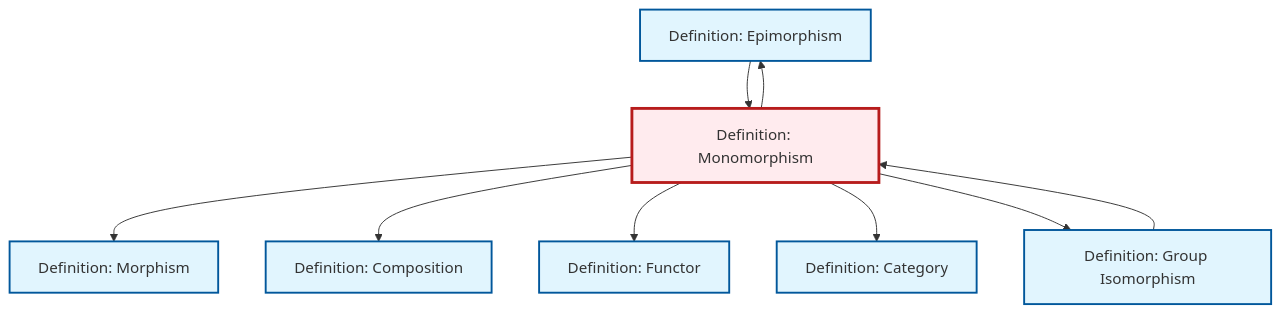
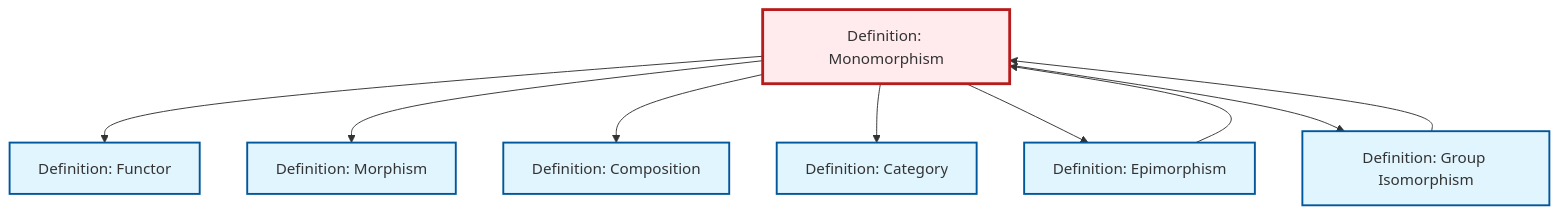
The diagram in content/en/category-theory/def-monomorphism.qmd (RK0429/ModernMath), drawn with Mermaid before and after one commit. The commit also changed other lines of this file and 619 other files, not shown here.

````diff
--- a/content/en/category-theory/def-monomorphism.qmd
+++ b/content/en/category-theory/def-monomorphism.qmd
@@ -95,31 +95,31 @@
 ```{mermaid}
 %%| fig-cap: "Local dependency graph"
 graph TD
     classDef definition fill:#e1f5fe,stroke:#01579b,stroke-width:2px
     classDef theorem fill:#f3e5f5,stroke:#4a148c,stroke-width:2px
     classDef axiom fill:#fff3e0,stroke:#e65100,stroke-width:2px
     classDef example fill:#e8f5e9,stroke:#1b5e20,stroke-width:2px
     classDef current fill:#ffebee,stroke:#b71c1c,stroke-width:3px
-    def-epimorphism["Definition: Epimorphism"]:::definition
-    def-category["Definition: Category"]:::definition
-    def-isomorphism["Definition: Group Isomorphism"]:::definition
-    def-morphism["Definition: Morphism"]:::definition
-    def-monomorphism["Definition: Monomorphism"]:::definition
     def-composition["Definition: Composition"]:::definition
     def-functor["Definition: Functor"]:::definition
-    def-monomorphism --> def-epimorphism
+    def-monomorphism["Definition: Monomorphism"]:::definition
+    def-epimorphism["Definition: Epimorphism"]:::definition
+    def-morphism["Definition: Morphism"]:::definition
+    def-isomorphism["Definition: Group Isomorphism"]:::definition
+    def-category["Definition: Category"]:::definition
+    def-monomorphism --> def-functor
     def-monomorphism --> def-morphism
     def-monomorphism --> def-composition
-    def-monomorphism --> def-functor
+    def-monomorphism --> def-category
+    def-monomorphism --> def-epimorphism
+    def-monomorphism --> def-isomorphism
     def-epimorphism --> def-monomorphism
     def-isomorphism --> def-monomorphism
-    def-monomorphism --> def-category
-    def-monomorphism --> def-isomorphism
     class def-monomorphism current
-    click def-epimorphism "def-epimorphism.html" "Go to Epimorphism definition"
-    click def-category "def-category.html" "Go to Category definition"
-    click def-isomorphism "def-isomorphism.html" "Go to Group Isomorphism definition"
-    click def-morphism "def-morphism.html" "Go to Morphism definition"
     click def-composition "def-composition.html" "Go to Composition definition"
     click def-functor "def-functor.html" "Go to Functor definition"
+    click def-epimorphism "def-epimorphism.html" "Go to Epimorphism definition"
+    click def-morphism "def-morphism.html" "Go to Morphism definition"
+    click def-isomorphism "def-isomorphism.html" "Go to Group Isomorphism definition"
+    click def-category "def-category.html" "Go to Category definition"
 ```
````
